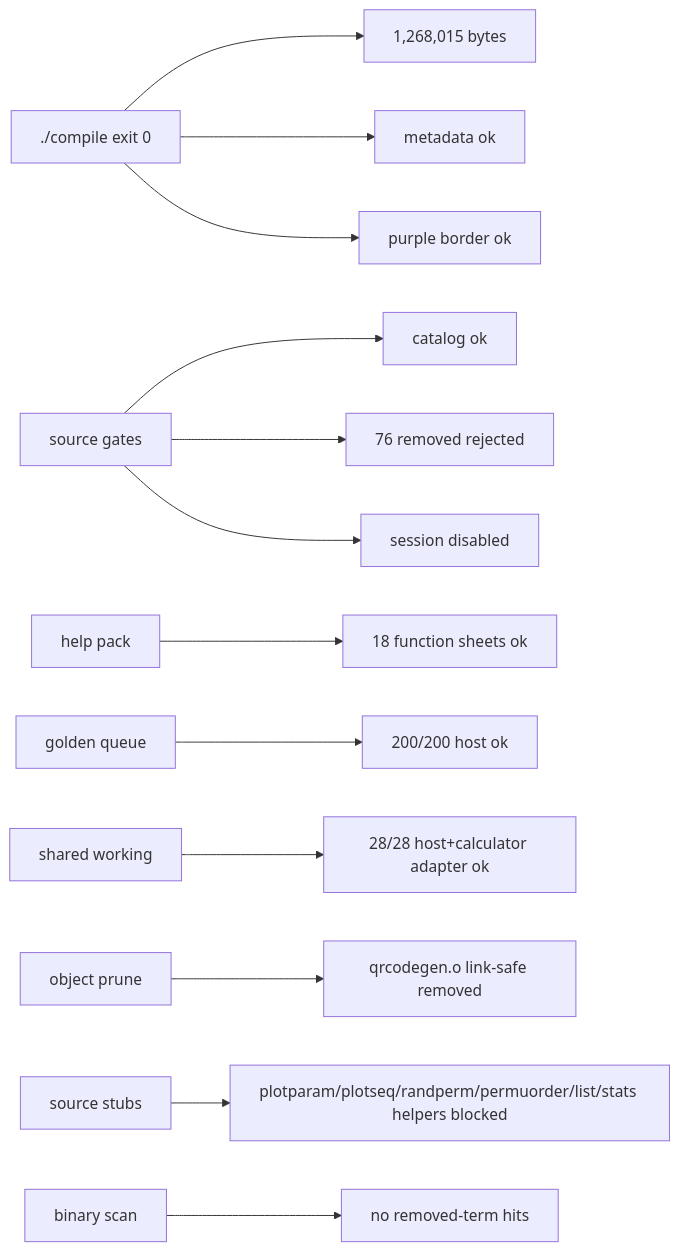
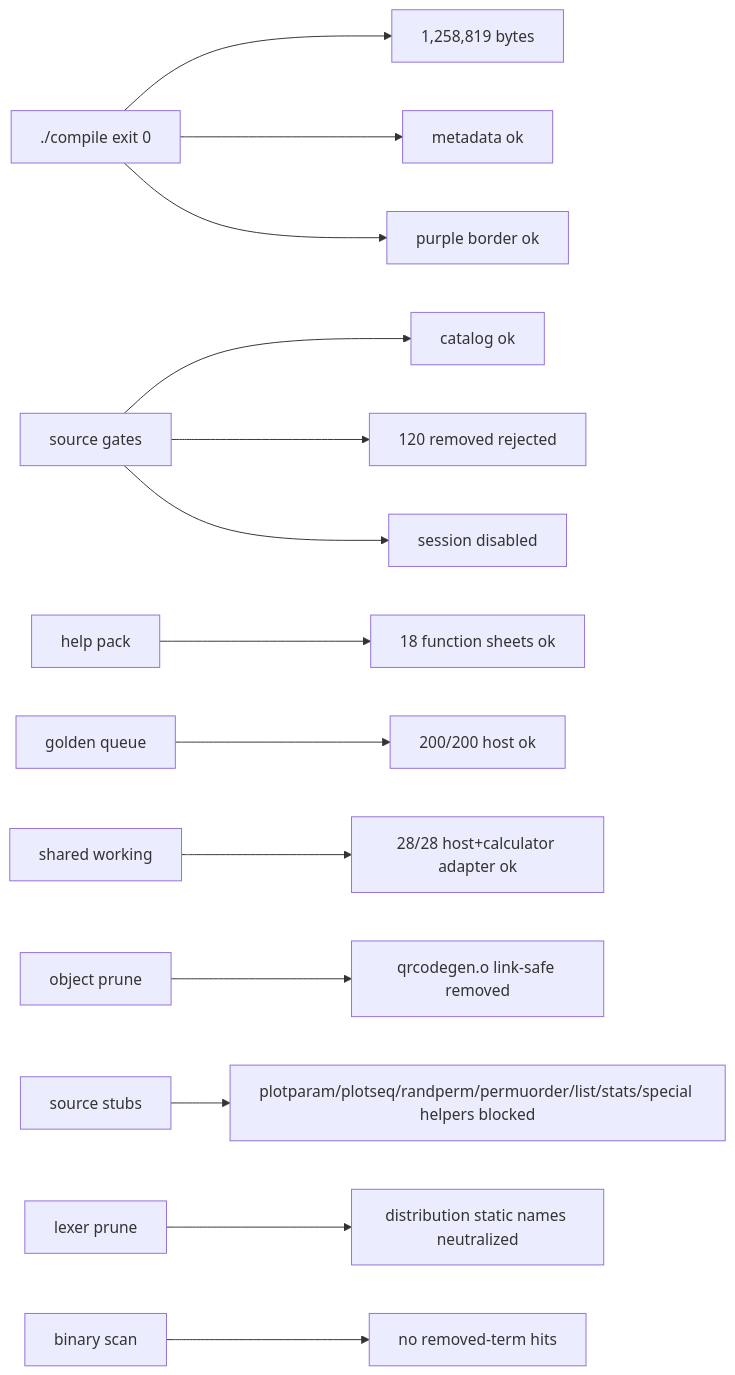
Before and after one commit to james8464/notes-addin-casio-fx-cg50: the seventh of 7 diagrams in docs/GRAPH.md, drawn with Mermaid. The commit also changed other lines of this file and 20 other files, not shown here.

Commit message:
prune advanced non-a-level helpers

````diff
--- a/docs/GRAPH.md
+++ b/docs/GRAPH.md
@@ -118,15 +120,16 @@
 ```mermaid
 graph LR
-  Build["./compile exit 0"] --> Size["1,268,015 bytes"]
+  Build["./compile exit 0"] --> Size["1,258,819 bytes"]
   Build --> Meta["metadata ok"]
   Build --> Border["purple border ok"]
   Source["source gates"] --> Catalog["catalog ok"]
-  Source --> Removed["76 removed rejected"]
+  Source --> Removed["120 removed rejected"]
   Source --> Session["session disabled"]
   Help["help pack"] --> HelpQ["18 function sheets ok"]
   Queue["golden queue"] --> QueueRun["200/200 host ok"]
   Shared["shared working"] --> SharedRun["28/28 host+calculator adapter ok"]
   Obj["object prune"] --> QR["qrcodegen.o link-safe removed"]
-  Macro["source stubs"] --> Stubbed["plotparam/plotseq/randperm/permuorder/list/stats helpers blocked"]
+  Macro["source stubs"] --> Stubbed["plotparam/plotseq/randperm/permuorder/list/stats/special helpers blocked"]
+  Static["lexer prune"] --> StaticRun["distribution static names neutralized"]
   Bin["binary scan"] --> NoLeak["no removed-term hits"]
 ```
````
